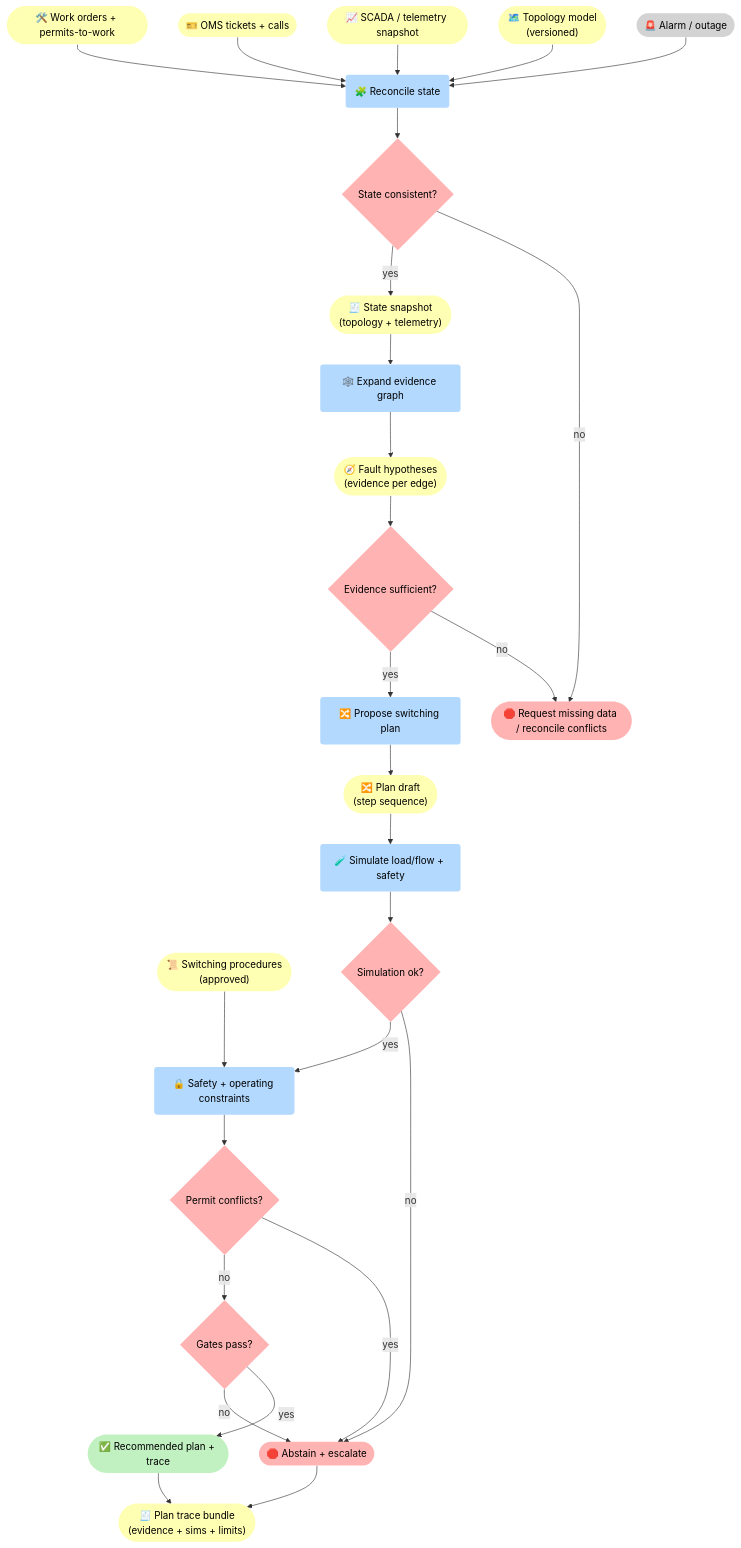
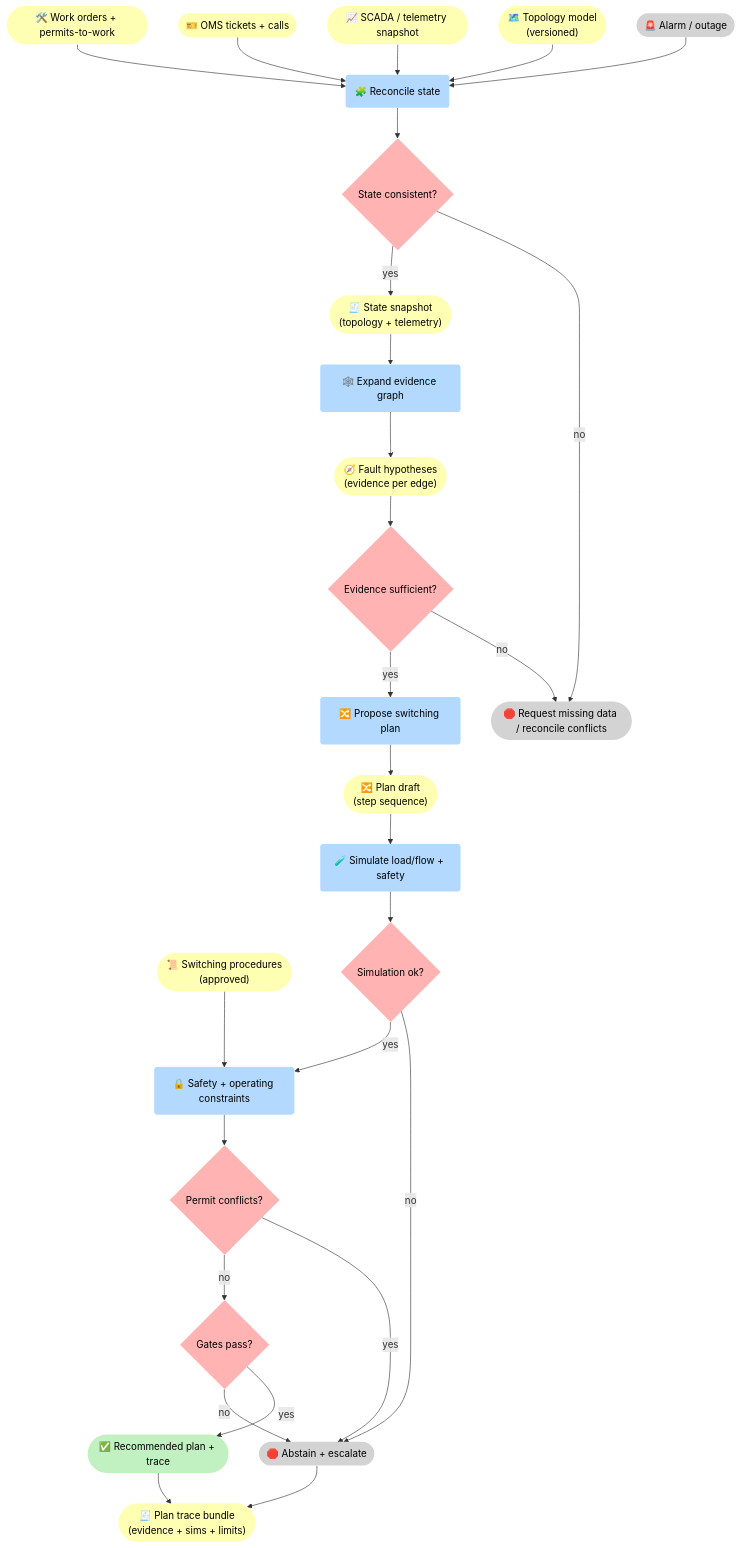
Before and after one commit to 5Reasons/5reasons.github.io: the first of 3 diagrams in docs/case-studies/energy-utilities.md, drawn with Mermaid. The commit also changed other lines of this file and 14 other files, not shown here.

First line of the commit message:
Refactor diagrams and improve clarity in blog posts and case studies

````diff
--- a/docs/case-studies/energy-utilities.md
+++ b/docs/case-studies/energy-utilities.md
@@ -66,65 +66,65 @@
 ```mermaid
 flowchart TB
 %% Styles (brModel Standard)
 classDef i fill:#D3D3D3,stroke-width:0px,color:#000;
 classDef p fill:#B3D9FF,stroke-width:0px,color:#000;
 classDef r fill:#FFFFB3,stroke-width:0px,color:#000;
 classDef o fill:#C1F0C1,stroke-width:0px,color:#000;
 classDef s fill:#FFB3B3,stroke-width:0px,color:#000;
 
 I_A(["🚨 Alarm / outage"]):::i
 
 R_Topo(["🗺️ Topology model<br>(versioned)"]):::r
 R_Tel(["📈 SCADA / telemetry snapshot"]):::r
 R_OMS(["🎫 OMS tickets + calls"]):::r
 R_WO(["🛠️ Work orders + permits-to-work"]):::r
 R_Proc(["📜 Switching procedures<br>(approved)"]):::r
 
 P_Rec("🧩 Reconcile state"):::p
 G_State{"State consistent?"}:::s
-S_Ask(["🛑 Request missing data / reconcile conflicts"]):::s
+S_Ask(["🛑 Request missing data / reconcile conflicts"]):::i
 R_State(["🧾 State snapshot<br>(topology + telemetry)"]):::r
 
 P_E("🕸️ Expand evidence graph"):::p
 R_Path(["🧭 Fault hypotheses<br>(evidence per edge)"]):::r
 G_Ev{"Evidence sufficient?"}:::s
 
 P_Plan("🔀 Propose switching plan"):::p
 R_Plan(["🔀 Plan draft<br>(step sequence)"]):::r
 P_Sim("🧪 Simulate load/flow + safety"):::p
 G_Sim{"Simulation ok?"}:::s
 
 P_G("🔒 Safety + operating constraints"):::p
 G_PTW{"Permit conflicts?"}:::s
 G_OK{"Gates pass?"}:::s
 
 O_R(["✅ Recommended plan + trace"]):::o
-S_X(["🛑 Abstain + escalate"]):::s
+S_X(["🛑 Abstain + escalate"]):::i
 R_Tr(["🧾 Plan trace bundle<br>(evidence + sims + limits)"]):::r
 
 I_A --> P_Rec
 R_Topo --> P_Rec
 R_Tel --> P_Rec
 R_OMS --> P_Rec
 R_WO --> P_Rec
 
 P_Rec --> G_State
 G_State -->|"no"| S_Ask
 G_State -->|"yes"| R_State --> P_E --> R_Path --> G_Ev
 
 G_Ev -->|"no"| S_Ask
 G_Ev -->|"yes"| P_Plan --> R_Plan --> P_Sim --> G_Sim
 
 G_Sim -->|"no"| S_X
 G_Sim -->|"yes"| P_G --> G_PTW
 
 R_Proc --> P_G
 G_PTW -->|"yes"| S_X
 G_PTW -->|"no"| G_OK
 
 G_OK -->|"yes"| O_R --> R_Tr
 G_OK -->|"no"| S_X --> R_Tr
 
 %% Clickable nodes
 click P_G "/methodology/constraints/" "Constraints & SHACL"
 ```
````
